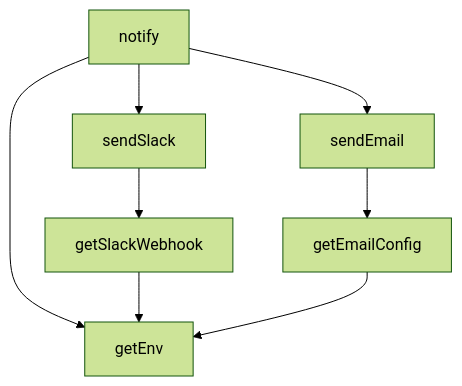
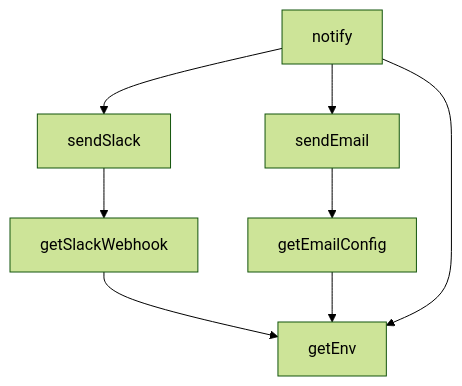
Before and after one commit to peckop/venthub-hvac-esite: the diagram in supabase/functions/_shared/notify.md, drawn with Mermaid (forest theme). The commit also changed other lines of this file and 134 other files, not shown here.

````diff
--- a/supabase/functions/_shared/notify.md
+++ b/supabase/functions/_shared/notify.md
@@ -153,16 +153,16 @@
 ```mermaid
 graph TD
     notify_ts__getEmailConfig["getEmailConfig"]
     notify_ts__getEnv["getEnv"]
     notify_ts__getSlackWebhook["getSlackWebhook"]
     notify_ts__notify["notify"]
     notify_ts__sendEmail["sendEmail"]
     notify_ts__sendSlack["sendSlack"]
-    notify_ts__notify --> notify_ts__getEnv
     notify_ts__getSlackWebhook --> notify_ts__getEnv
+    notify_ts__sendSlack --> notify_ts__getSlackWebhook
     notify_ts__getEmailConfig --> notify_ts__getEnv
     notify_ts__sendEmail --> notify_ts__getEmailConfig
+    notify_ts__notify --> notify_ts__getEnv
+    notify_ts__notify --> notify_ts__sendEmail
     notify_ts__notify --> notify_ts__sendSlack
-    notify_ts__notify --> notify_ts__sendEmail
-    notify_ts__sendSlack --> notify_ts__getSlackWebhook
 ```
````
